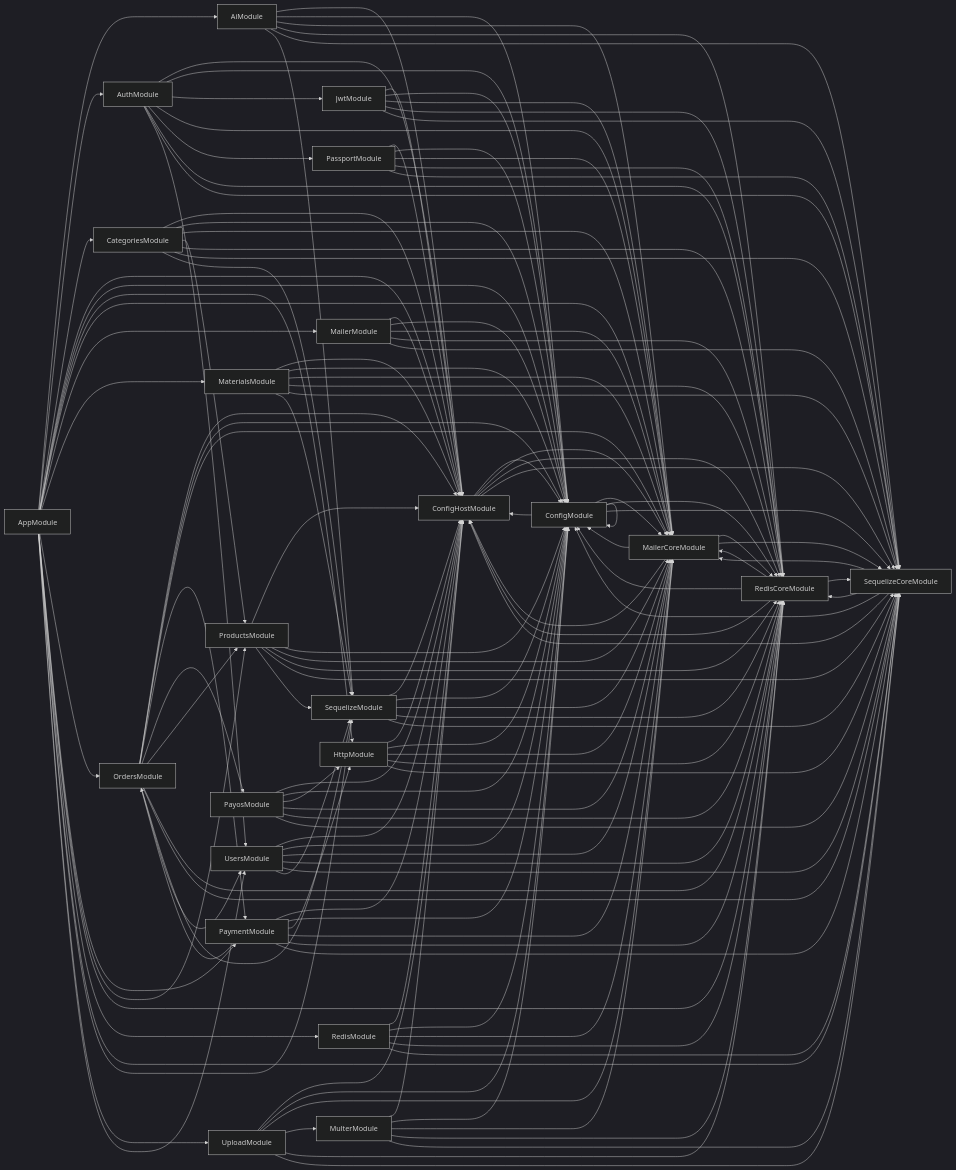
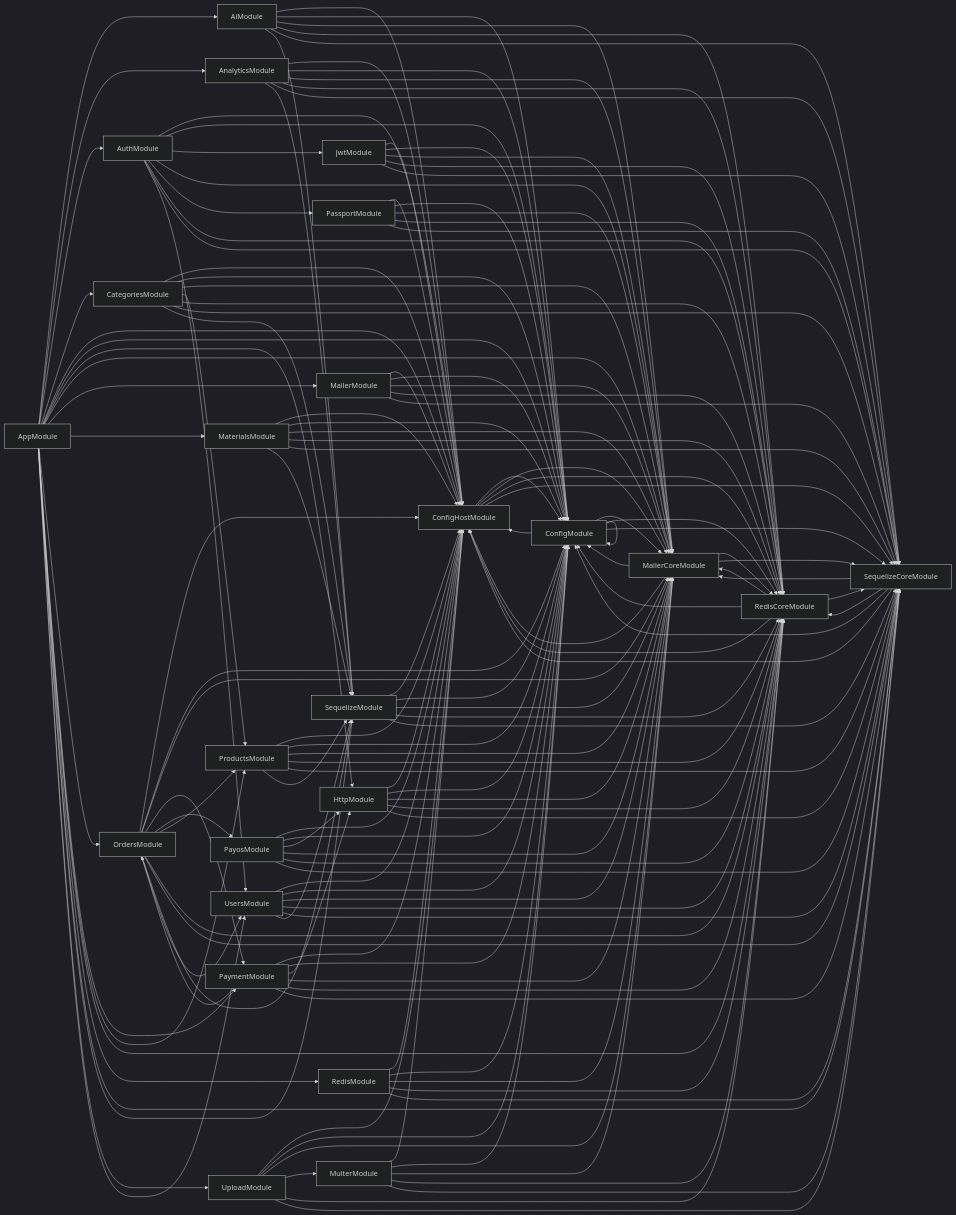
The diagram in deps.mermaid (csc13001-kafi/csc13001-kafi-server), drawn with Mermaid (dark theme) before and after one commit. The commit also changed 2 other files, not shown here.

Commit message:
feat: add analytics module and resolve dependencies

```diff
--- a/deps.mermaid
+++ b/deps.mermaid
@@ -1,143 +1,150 @@
 graph LR
     AiModule-->ConfigHostModule
   AiModule-->ConfigModule
   AiModule-->MailerCoreModule
   AiModule-->RedisCoreModule
   AiModule-->SequelizeCoreModule
   AiModule-->SequelizeModule
+  AnalyticsModule-->ConfigHostModule
+  AnalyticsModule-->ConfigModule
+  AnalyticsModule-->MailerCoreModule
+  AnalyticsModule-->RedisCoreModule
+  AnalyticsModule-->SequelizeCoreModule
+  AnalyticsModule-->SequelizeModule
   AppModule-->AiModule
+  AppModule-->AnalyticsModule
   AppModule-->AuthModule
   AppModule-->CategoriesModule
   AppModule-->ConfigHostModule
   AppModule-->ConfigModule
   AppModule-->HttpModule
   AppModule-->MailerCoreModule
   AppModule-->MailerModule
   AppModule-->MaterialsModule
   AppModule-->OrdersModule
   AppModule-->PaymentModule
   AppModule-->ProductsModule
   AppModule-->RedisCoreModule
   AppModule-->RedisModule
   AppModule-->SequelizeCoreModule
   AppModule-->SequelizeModule
   AppModule-->UploadModule
   AppModule-->UsersModule
   AuthModule-->ConfigHostModule
   AuthModule-->ConfigModule
   AuthModule-->JwtModule
   AuthModule-->MailerCoreModule
   AuthModule-->PassportModule
   AuthModule-->RedisCoreModule
   AuthModule-->SequelizeCoreModule
   AuthModule-->UsersModule
   CategoriesModule-->ConfigHostModule
   CategoriesModule-->ConfigModule
   CategoriesModule-->MailerCoreModule
   CategoriesModule-->ProductsModule
   CategoriesModule-->RedisCoreModule
   CategoriesModule-->SequelizeCoreModule
   CategoriesModule-->SequelizeModule
   ConfigHostModule-->ConfigModule
   ConfigHostModule-->MailerCoreModule
   ConfigHostModule-->RedisCoreModule
   ConfigHostModule-->SequelizeCoreModule
   ConfigModule-->ConfigHostModule
   ConfigModule-->ConfigModule
   ConfigModule-->MailerCoreModule
   ConfigModule-->RedisCoreModule
   ConfigModule-->SequelizeCoreModule
   HttpModule-->ConfigHostModule
   HttpModule-->ConfigModule
   HttpModule-->MailerCoreModule
   HttpModule-->RedisCoreModule
   HttpModule-->SequelizeCoreModule
   JwtModule-->ConfigHostModule
   JwtModule-->ConfigModule
   JwtModule-->MailerCoreModule
   JwtModule-->RedisCoreModule
   JwtModule-->SequelizeCoreModule
   MailerCoreModule-->ConfigHostModule
   MailerCoreModule-->ConfigModule
   MailerCoreModule-->RedisCoreModule
   MailerCoreModule-->SequelizeCoreModule
   MailerModule-->ConfigHostModule
   MailerModule-->ConfigModule
   MailerModule-->MailerCoreModule
   MailerModule-->RedisCoreModule
   MailerModule-->SequelizeCoreModule
   MaterialsModule-->ConfigHostModule
   MaterialsModule-->ConfigModule
   MaterialsModule-->MailerCoreModule
   MaterialsModule-->RedisCoreModule
   MaterialsModule-->SequelizeCoreModule
   MaterialsModule-->SequelizeModule
   MulterModule-->ConfigHostModule
   MulterModule-->ConfigModule
   MulterModule-->MailerCoreModule
   MulterModule-->RedisCoreModule
   MulterModule-->SequelizeCoreModule
   OrdersModule-->ConfigHostModule
   OrdersModule-->ConfigModule
   OrdersModule-->MailerCoreModule
   OrdersModule-->PaymentModule
   OrdersModule-->PayosModule
   OrdersModule-->ProductsModule
   OrdersModule-->RedisCoreModule
   OrdersModule-->SequelizeCoreModule
   OrdersModule-->SequelizeModule
   OrdersModule-->UsersModule
   PassportModule-->ConfigHostModule
   PassportModule-->ConfigModule
   PassportModule-->MailerCoreModule
   PassportModule-->RedisCoreModule
   PassportModule-->SequelizeCoreModule
   PaymentModule-->ConfigHostModule
   PaymentModule-->ConfigModule
   PaymentModule-->HttpModule
   PaymentModule-->MailerCoreModule
   PaymentModule-->OrdersModule
   PaymentModule-->RedisCoreModule
   PaymentModule-->SequelizeCoreModule
   PayosModule-->ConfigHostModule
   PayosModule-->ConfigModule
   PayosModule-->HttpModule
   PayosModule-->MailerCoreModule
   PayosModule-->RedisCoreModule
   PayosModule-->SequelizeCoreModule
   ProductsModule-->ConfigHostModule
   ProductsModule-->ConfigModule
   ProductsModule-->MailerCoreModule
   ProductsModule-->RedisCoreModule
   ProductsModule-->SequelizeCoreModule
   ProductsModule-->SequelizeModule
   RedisCoreModule-->ConfigHostModule
   RedisCoreModule-->ConfigModule
   RedisCoreModule-->MailerCoreModule
   RedisCoreModule-->SequelizeCoreModule
   RedisModule-->ConfigHostModule
   RedisModule-->ConfigModule
   RedisModule-->MailerCoreModule
   RedisModule-->RedisCoreModule
   RedisModule-->SequelizeCoreModule
   SequelizeCoreModule-->ConfigHostModule
   SequelizeCoreModule-->ConfigModule
   SequelizeCoreModule-->MailerCoreModule
   SequelizeCoreModule-->RedisCoreModule
   SequelizeModule-->ConfigHostModule
   SequelizeModule-->ConfigModule
   SequelizeModule-->MailerCoreModule
   SequelizeModule-->RedisCoreModule
   SequelizeModule-->SequelizeCoreModule
   UploadModule-->ConfigHostModule
   UploadModule-->ConfigModule
   UploadModule-->MailerCoreModule
   UploadModule-->MulterModule
   UploadModule-->RedisCoreModule
   UploadModule-->SequelizeCoreModule
   UsersModule-->ConfigHostModule
   UsersModule-->ConfigModule
   UsersModule-->MailerCoreModule
   UsersModule-->RedisCoreModule
   UsersModule-->SequelizeCoreModule
   UsersModule-->SequelizeModule
```
